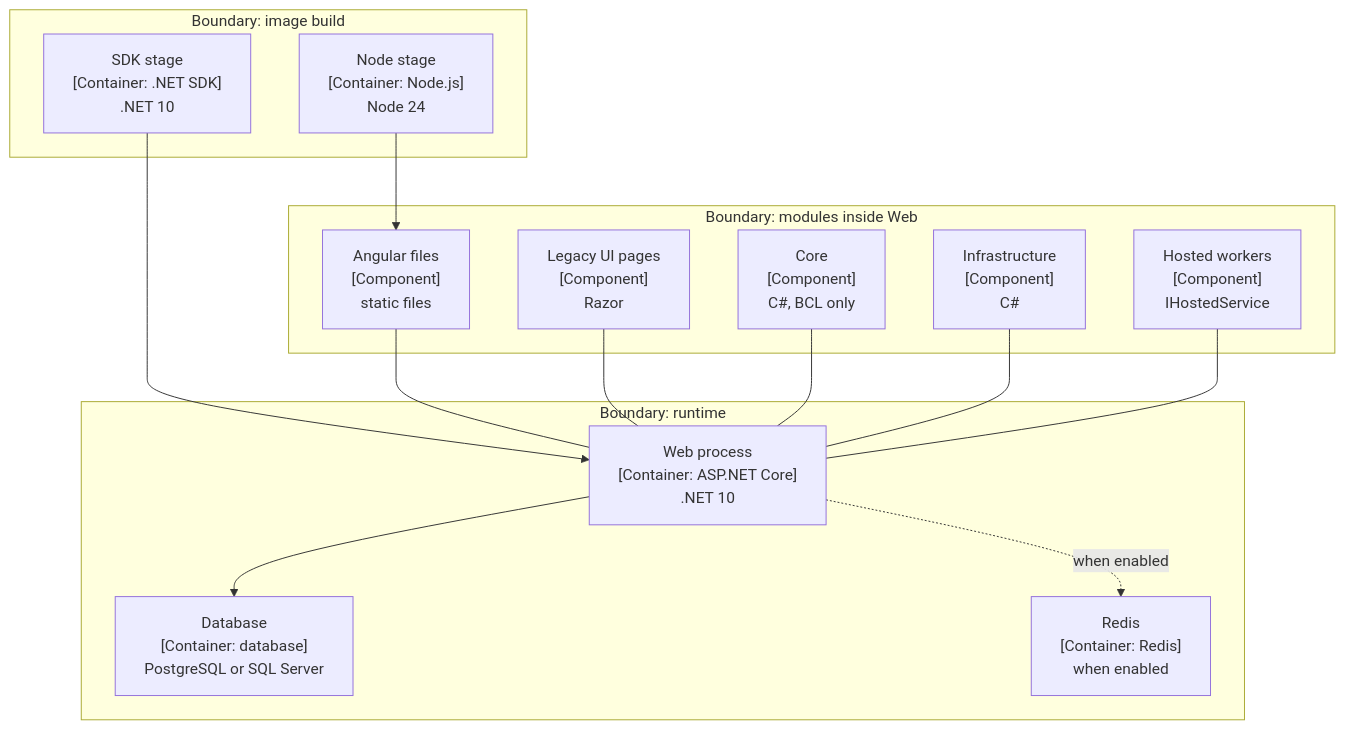
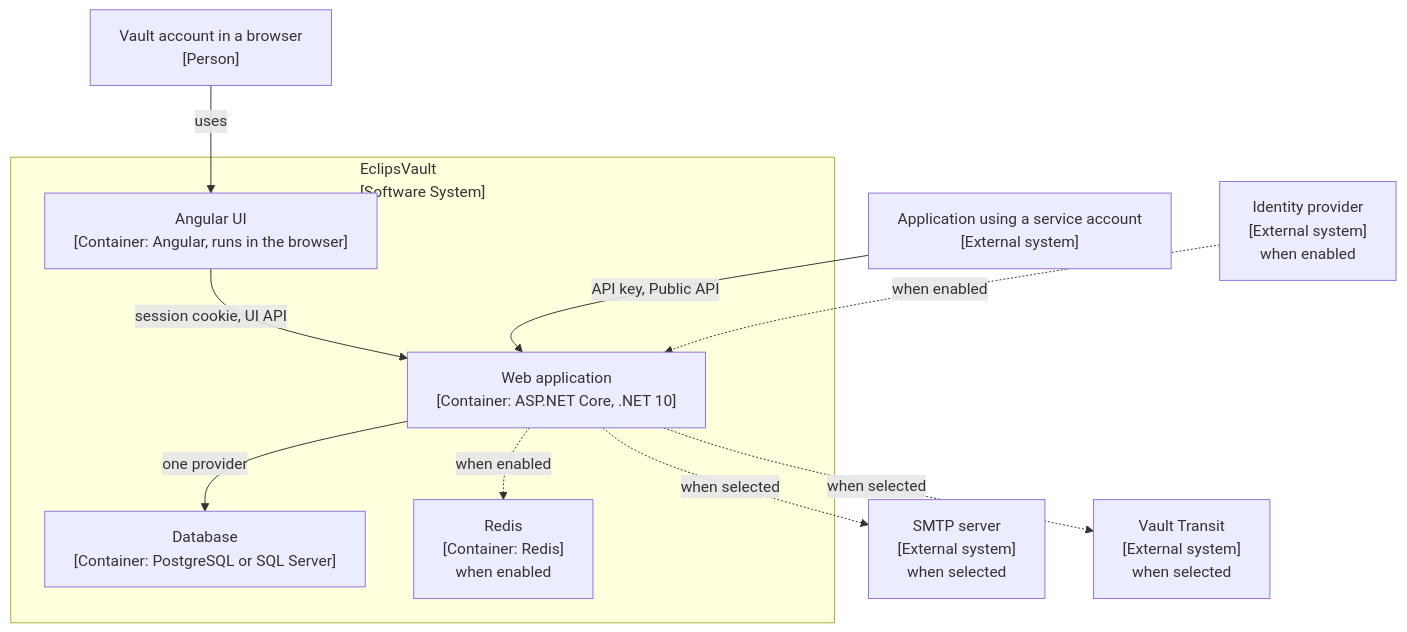
One commit to sabysabashvily/EclipsVault changed the second of 5 diagrams in docs/presentation/defence-draft/diagrams.md. Above: the diagram before and after it, drawn with Mermaid. The commit also changed other lines of this file and 7 other files, not shown here.

First line of the commit message:
Draw runtime containers and an external service account

````diff
--- a/docs/presentation/defence-draft/diagrams.md
+++ b/docs/presentation/defence-draft/diagrams.md
@@ -64,28 +72,25 @@
 ```mermaid
+%%{init: {"flowchart": {"wrappingWidth": 560}} }%%
 flowchart TB
-  subgraph build ["Boundary: image build"]
-    node["Node stage<br/>[Container: Node.js]<br/>Node 24"]
-    sdk["SDK stage<br/>[Container: .NET SDK]<br/>.NET 10"]
-  end
-  subgraph run ["Boundary: runtime"]
-    web["Web process<br/>[Container: ASP.NET Core]<br/>.NET 10"]
-    db["Database<br/>[Container: database]<br/>PostgreSQL or SQL Server"]
+  person["Vault account in a browser<br/>[Person]"]
+  app["Application using a service account<br/>[External system]"]
+  idp["Identity provider<br/>[External system]<br/>when enabled"]
+  smtp["SMTP server<br/>[External system]<br/>when selected"]
+  kms["Vault Transit<br/>[External system]<br/>when selected"]
+
+  subgraph boundary ["EclipsVault<br/>[Software System]"]
+    angular["Angular UI<br/>[Container: Angular, runs in the browser]"]
+    web["Web application<br/>[Container: ASP.NET Core, .NET 10]"]
+    db["Database<br/>[Container: PostgreSQL or SQL Server]"]
     redis["Redis<br/>[Container: Redis]<br/>when enabled"]
   end
-  subgraph inside ["Boundary: modules inside Web"]
-    angular["Angular files<br/>[Component]<br/>static files"]
-    legacy["Legacy UI pages<br/>[Component]<br/>Razor"]
-    core["Core<br/>[Component]<br/>C#, BCL only"]
-    infra["Infrastructure<br/>[Component]<br/>C#"]
-    workers["Hosted workers<br/>[Component]<br/>IHostedService"]
-  end
-  node --> angular
-  sdk --> web
-  angular --- web
-  legacy --- web
-  core --- web
-  infra --- web
-  workers --- web
-  web --> db
+
+  person -->|uses| angular
+  angular -->|session cookie, UI API| web
+  app -->|API key, Public API| web
+  web -->|one provider| db
   web -.->|when enabled| redis
+  idp -.->|when enabled| web
+  web -.->|when selected| smtp
+  web -.->|when selected| kms
 ```
````
